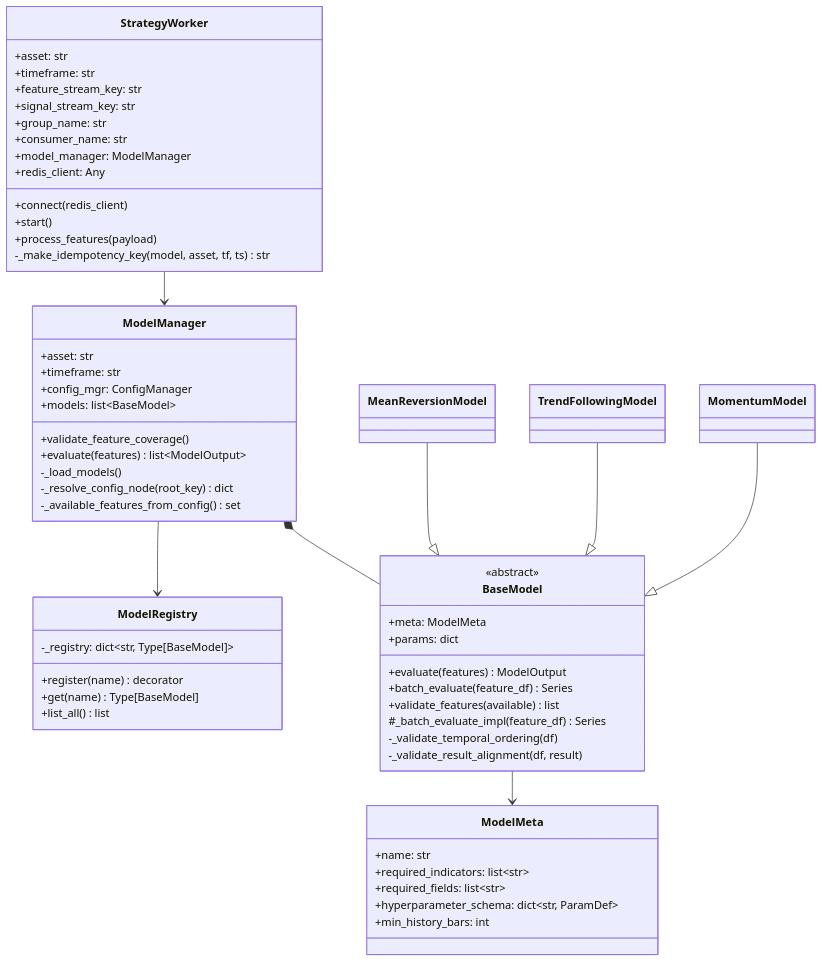
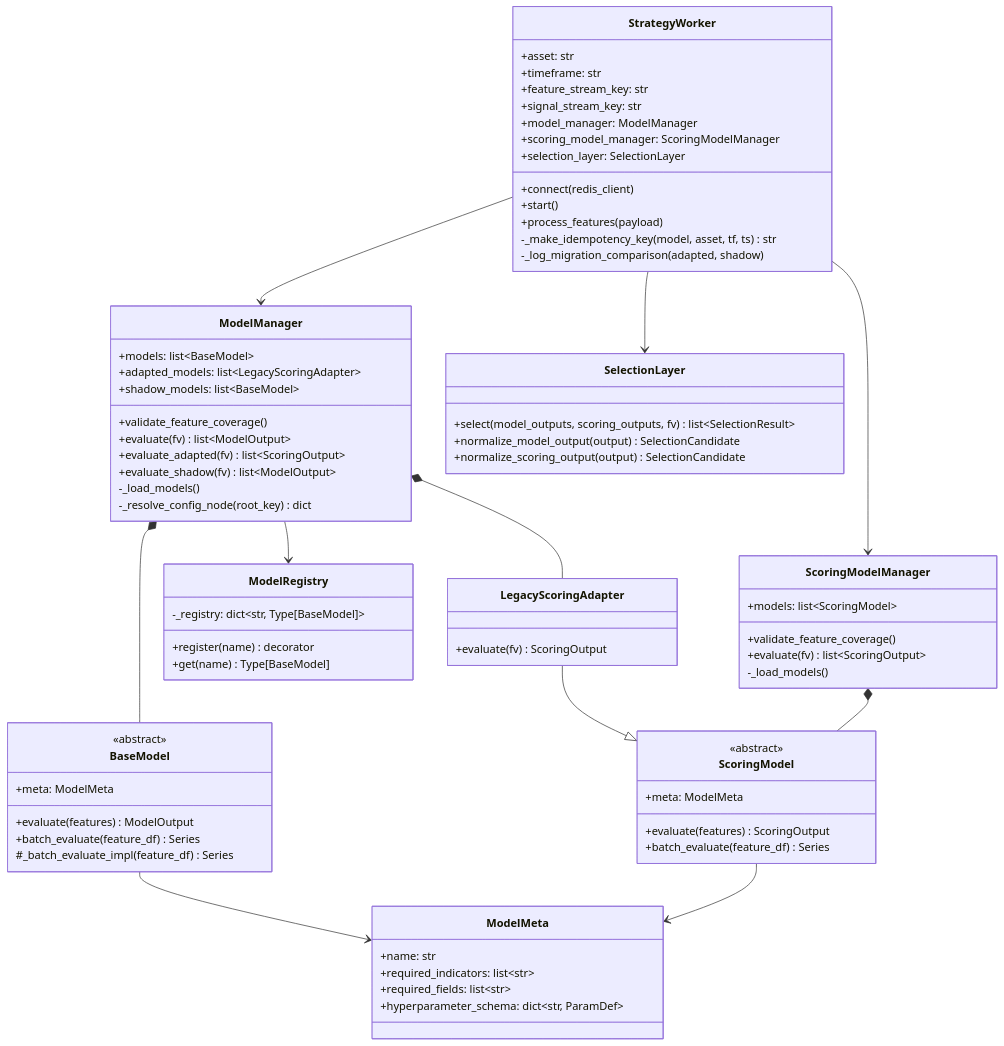
Before and after one commit to transparentCode/flipperAgent: the second of 11 diagrams in docs/strategy_app.md, drawn with Mermaid. The commit also changed other lines of this file and 4 other files, not shown here.

````diff
--- a/docs/strategy_app.md
+++ b/docs/strategy_app.md
@@ -63,45 +63,64 @@
         +timeframe: str
         +feature_stream_key: str
         +signal_stream_key: str
-        +group_name: str
-        +consumer_name: str
         +model_manager: ModelManager
-        +redis_client: Any
+        +scoring_model_manager: ScoringModelManager
+        +selection_layer: SelectionLayer
         +connect(redis_client)
         +start()
         +process_features(payload)
         -_make_idempotency_key(model, asset, tf, ts) str
+        -_log_migration_comparison(adapted, shadow)
     }
 
     class ModelManager {
-        +asset: str
-        +timeframe: str
-        +config_mgr: ConfigManager
         +models: list~BaseModel~
+        +adapted_models: list~LegacyScoringAdapter~
+        +shadow_models: list~BaseModel~
         +validate_feature_coverage()
-        +evaluate(features) list~ModelOutput~
+        +evaluate(fv) list~ModelOutput~
+        +evaluate_adapted(fv) list~ScoringOutput~
+        +evaluate_shadow(fv) list~ModelOutput~
         -_load_models()
         -_resolve_config_node(root_key) dict
-        -_available_features_from_config() set
+    }
+
+    class ScoringModelManager {
+        +models: list~ScoringModel~
+        +validate_feature_coverage()
+        +evaluate(fv) list~ScoringOutput~
+        -_load_models()
+    }
+
+    class SelectionLayer {
+        +select(model_outputs, scoring_outputs, fv) list~SelectionResult~
+        +normalize_model_output(output) SelectionCandidate
+        +normalize_scoring_output(output) SelectionCandidate
     }
 
     class ModelRegistry {
         -_registry: dict~str, Type[BaseModel]~
         +register(name) decorator
         +get(name) Type[BaseModel]
-        +list_all() list
     }
 
     class BaseModel {
         <<abstract>>
         +meta: ModelMeta
-        +params: dict
         +evaluate(features) ModelOutput
         +batch_evaluate(feature_df) Series
-        +validate_features(available) list
         #_batch_evaluate_impl(feature_df) Series
-        -_validate_temporal_ordering(df)
-        -_validate_result_alignment(df, result)
+    }
+
+    class ScoringModel {
+        <<abstract>>
+        +meta: ModelMeta
+        +evaluate(features) ScoringOutput
+        +batch_evaluate(feature_df) Series
+    }
+
+    class LegacyScoringAdapter {
+        +evaluate(fv) ScoringOutput
     }
 
     class ModelMeta {
@@ -109,18 +128,16 @@
         +required_indicators: list~str~
         +required_fields: list~str~
         +hyperparameter_schema: dict~str, ParamDef~
-        +min_history_bars: int
     }
 
-    class MeanReversionModel
-    class TrendFollowingModel
-    class MomentumModel
-
     StrategyWorker --> ModelManager
+    StrategyWorker --> ScoringModelManager
+    StrategyWorker --> SelectionLayer
     ModelManager --> ModelRegistry
     ModelManager *-- BaseModel
+    ModelManager *-- LegacyScoringAdapter
+    LegacyScoringAdapter --|> ScoringModel
+    ScoringModelManager *-- ScoringModel
     BaseModel --> ModelMeta
-    MeanReversionModel --|> BaseModel
-    TrendFollowingModel --|> BaseModel
-    MomentumModel --|> BaseModel
+    ScoringModel --> ModelMeta
 ```
````
